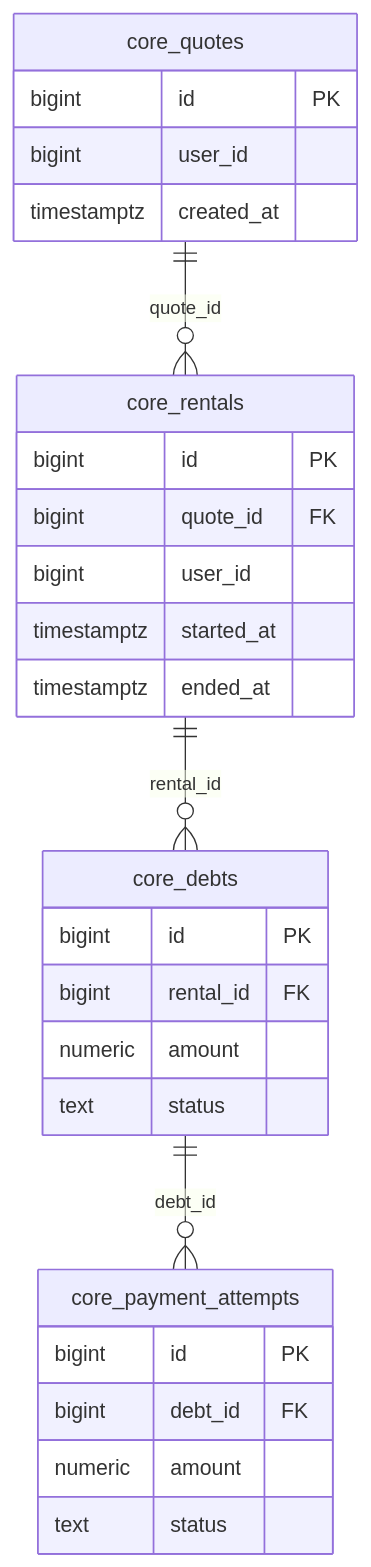
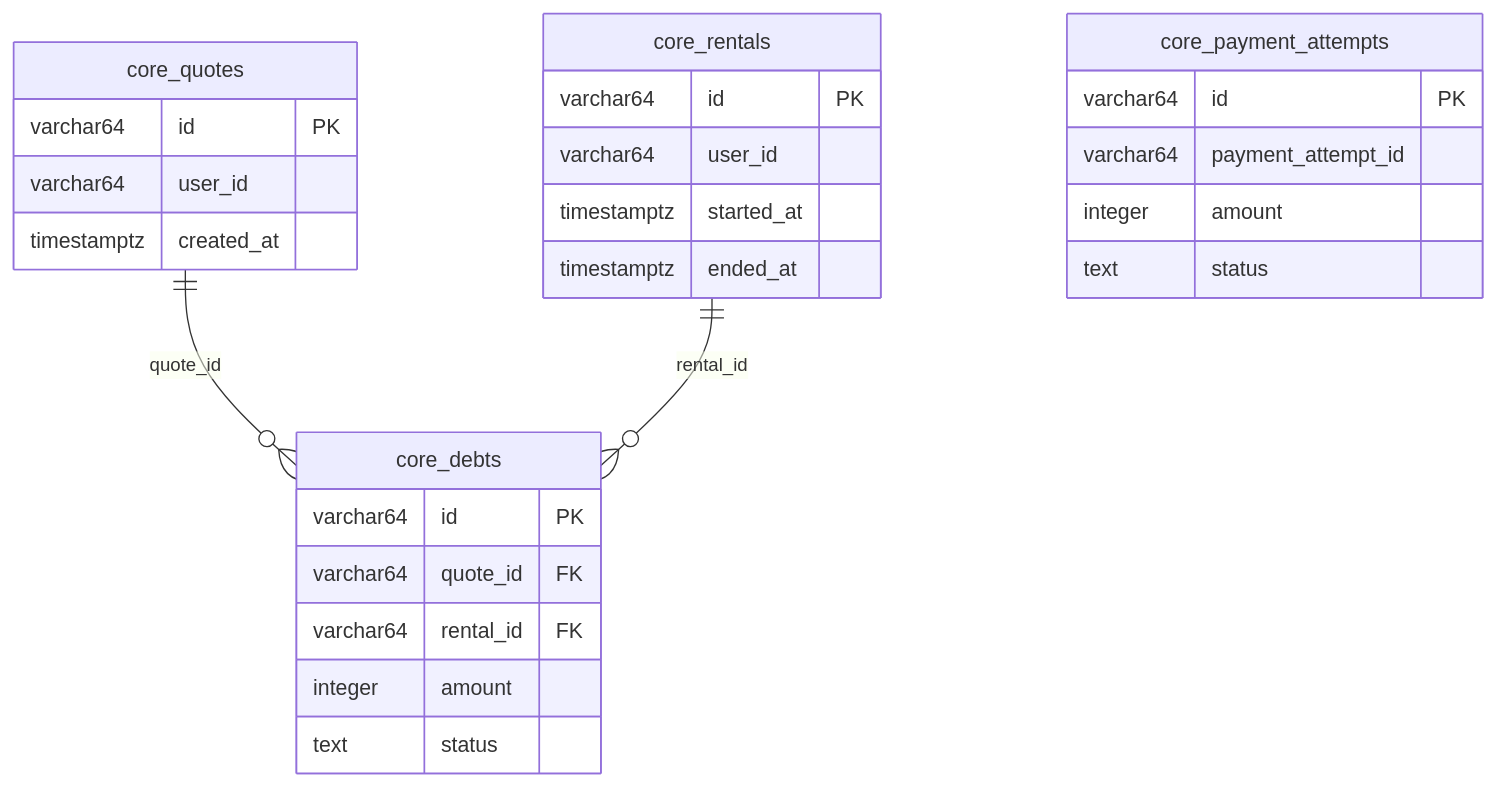
One commit to AlexanderExp/SysDesign-HW-1 changed the diagram in docs/er_dds_mermaid.md. Above: the diagram before and after it, drawn with Mermaid.

````diff
--- a/docs/er_dds_mermaid.md
+++ b/docs/er_dds_mermaid.md
@@ -1,31 +1,30 @@
 ```mermaid
 erDiagram
-  core_quotes ||--o{ core_rentals : "quote_id"
+  core_quotes ||--o{ core_debts : "quote_id"
   core_rentals ||--o{ core_debts : "rental_id"
-  core_debts ||--o{ core_payment_attempts : "debt_id"
 
   core_quotes {
-    bigint id PK
-    bigint user_id
+    varchar64 id PK
+    varchar64 user_id
     timestamptz created_at
   }
   core_rentals {
-    bigint id PK
-    bigint quote_id FK
-    bigint user_id
+    varchar64 id PK
+    varchar64 user_id
     timestamptz started_at
     timestamptz ended_at
   }
   core_debts {
-    bigint id PK
-    bigint rental_id FK
-    numeric amount
+    varchar64 id PK
+    varchar64 quote_id FK
+    varchar64 rental_id FK
+    integer amount
     text status
   }
   core_payment_attempts {
-    bigint id PK
-    bigint debt_id FK
-    numeric amount
+    varchar64 id PK
+    varchar64 payment_attempt_id
+    integer amount
     text status
   }
 ```
````
